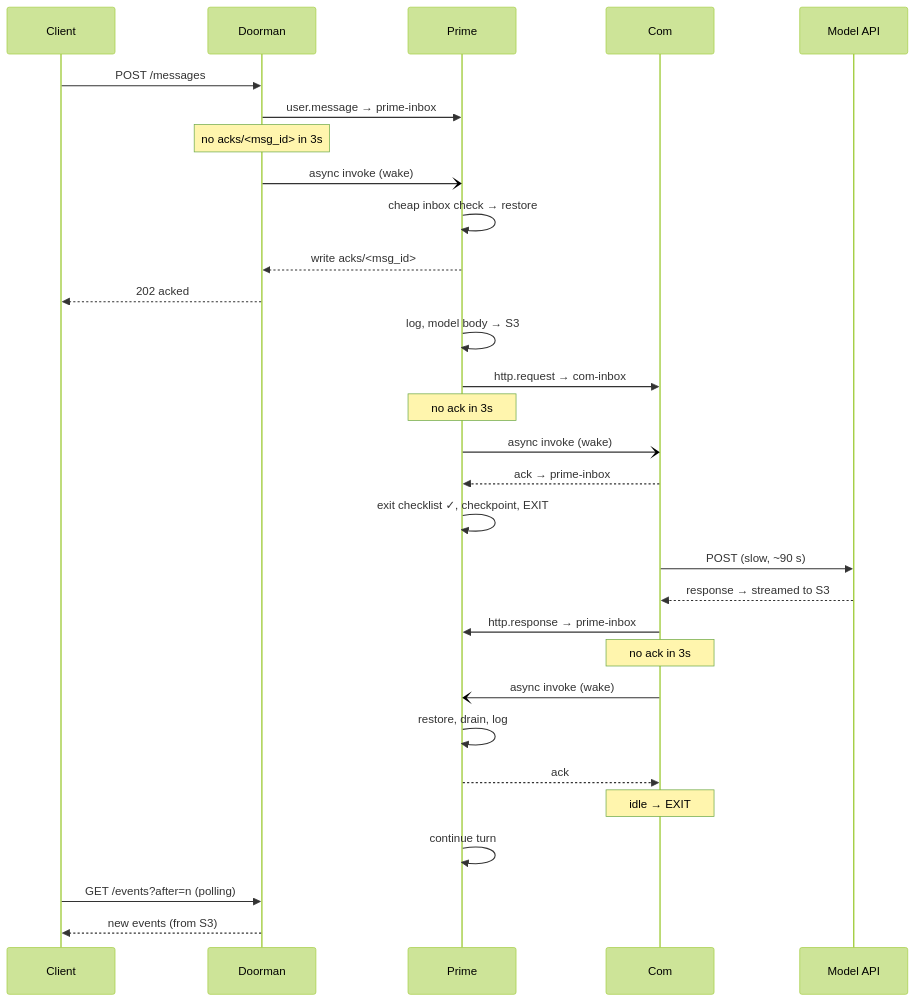
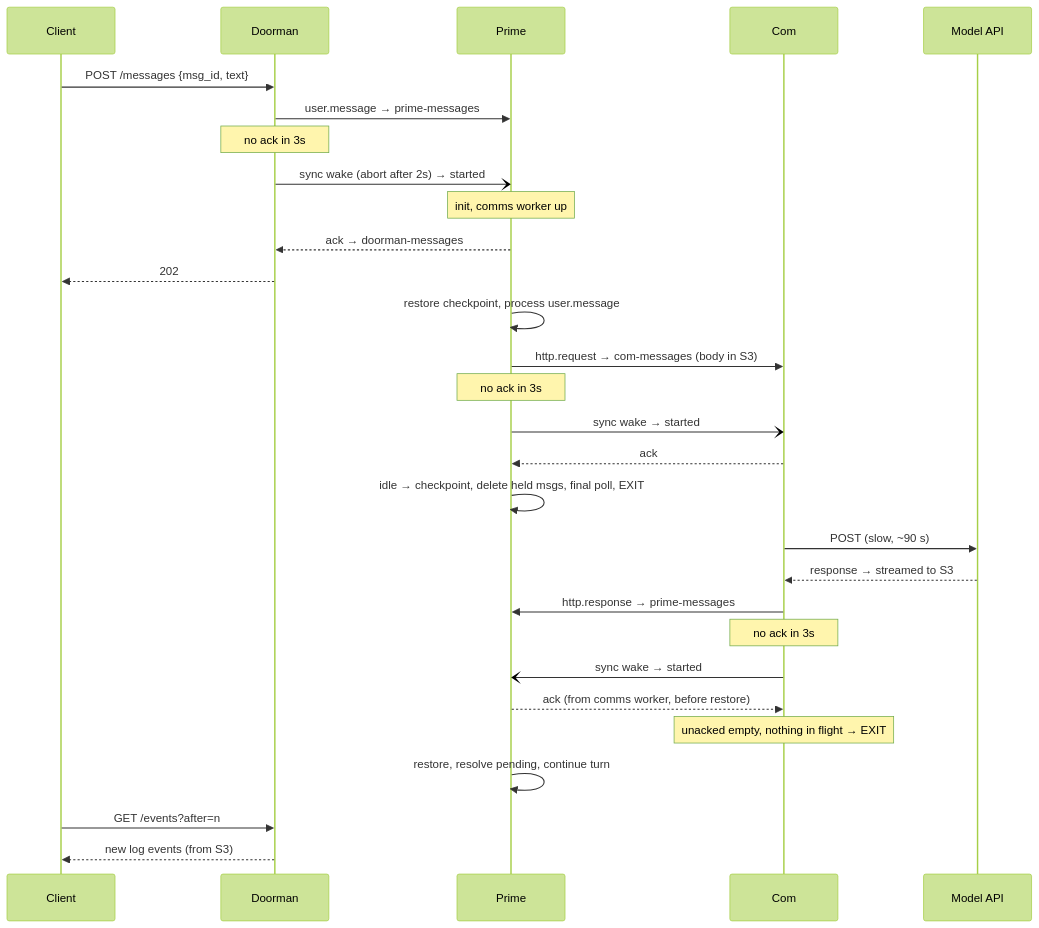
One commit to rravenel/stz-agent changed the diagram in docs/protocol.md. Above: the diagram before and after it, drawn with Mermaid (forest theme). The commit also changed other lines of this file and 3 other files, not shown here.

````diff
--- a/docs/protocol.md
+++ b/docs/protocol.md
@@ -145,32 +217,31 @@
 ```mermaid
 sequenceDiagram
   participant C as Client
   participant D as Doorman
   participant P as Prime
   participant K as Com
   participant M as Model API
-  C->>D: POST /messages
-  D->>P: user.message → prime-inbox
-  Note over D: no acks/<msg_id> in 3s
-  D-)P: async invoke (wake)
-  P->>P: cheap inbox check → restore
-  P-->>D: write acks/<msg_id>
-  D-->>C: 202 acked
-  P->>P: log, model body → S3
-  P->>K: http.request → com-inbox
+  C->>D: POST /messages {msg_id, text}
+  D->>P: user.message → prime-messages
+  Note over D: no ack in 3s
+  D-)P: sync wake (abort after 2s) → started
+  Note over P: init, comms worker up
+  P-->>D: ack → doorman-messages
+  D-->>C: 202
+  P->>P: restore checkpoint, process user.message
+  P->>K: http.request → com-messages (body in S3)
   Note over P: no ack in 3s
-  P-)K: async invoke (wake)
-  K-->>P: ack → prime-inbox
-  P->>P: exit checklist ✓, checkpoint, EXIT
+  P-)K: sync wake → started
+  K-->>P: ack
+  P->>P: idle → checkpoint, delete held msgs, final poll, EXIT
   K->>M: POST (slow, ~90 s)
   M-->>K: response → streamed to S3
-  K->>P: http.response → prime-inbox
+  K->>P: http.response → prime-messages
   Note over K: no ack in 3s
-  K-)P: async invoke (wake)
-  P->>P: restore, drain, log
-  P-->>K: ack
-  Note over K: idle → EXIT
-  P->>P: continue turn
-  C->>D: GET /events?after=n (polling)
-  D-->>C: new events (from S3)
+  K-)P: sync wake → started
+  P-->>K: ack (from comms worker, before restore)
+  Note over K: unacked empty, nothing in flight → EXIT
+  P->>P: restore, resolve pending, continue turn
+  C->>D: GET /events?after=n
+  D-->>C: new log events (from S3)
 ```
````
